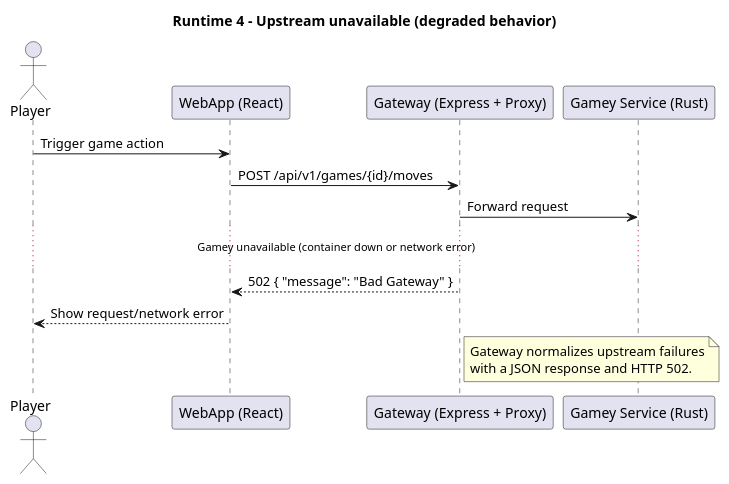
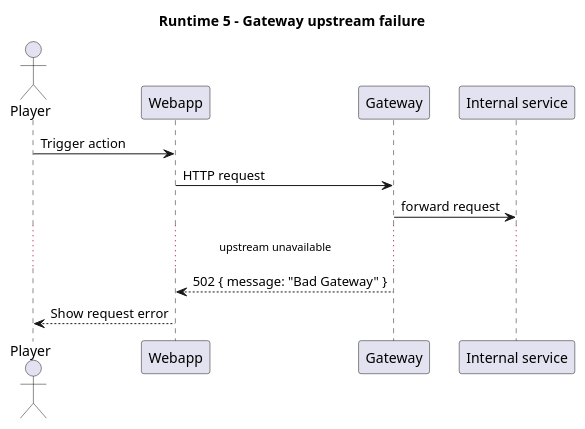
Before and after one commit to Arquisoft/yovi_es4b: the fifth of 5 diagrams in docs/src/06_runtime_view.adoc, drawn with PlantUML. The commit also changed other lines of this file and 2 other files, not shown here.

```diff
--- a/docs/src/06_runtime_view.adoc
+++ b/docs/src/06_runtime_view.adoc
@@ -204,23 +236,18 @@
-[plantuml,"runtime-gateway-502",png]
+[plantuml,"06_runtime_gateway_failure",png]
 ----
 @startuml
-title Runtime 4 - Upstream unavailable (degraded behavior)
+title Runtime 5 - Gateway upstream failure
 
 actor Player
-participant "WebApp (React)" as WebApp
-participant "Gateway (Express + Proxy)" as Gateway
-participant "Gamey Service (Rust)" as Gamey
+participant "Webapp" as Webapp
+participant "Gateway" as Gateway
+participant "Internal service" as Upstream
 
-Player -> WebApp: Trigger game action
-WebApp -> Gateway: POST /api/v1/games/{id}/moves
-Gateway -> Gamey: Forward request
-... Gamey unavailable (container down or network error) ...
-Gateway --> WebApp: 502 { "message": "Bad Gateway" }
-WebApp --> Player: Show request/network error
-
-note right of Gateway
-Gateway normalizes upstream failures
-with a JSON response and HTTP 502.
-end note
+Player -> Webapp: Trigger action
+Webapp -> Gateway: HTTP request
+Gateway -> Upstream: forward request
+... upstream unavailable ...
+Gateway --> Webapp: 502 { message: "Bad Gateway" }
+Webapp --> Player: Show request error
 @enduml
 ----
```
